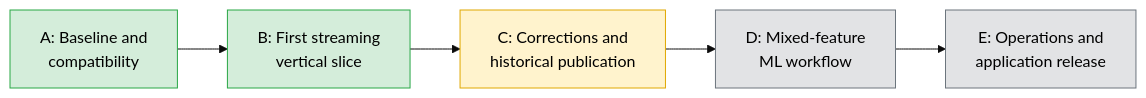
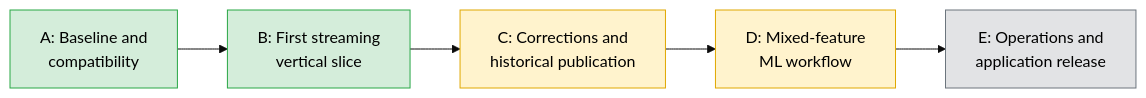
One commit to oster-dev/featureforge changed the third of 4 diagrams in docs/PLATFORM_BLUEPRINT.md. Above: the diagram before and after it, drawn with Mermaid (base theme). The commit also changed other lines of this file and 9 other files, not shown here.

````diff
--- a/docs/PLATFORM_BLUEPRINT.md
+++ b/docs/PLATFORM_BLUEPRINT.md
@@ -267,11 +281,11 @@
 ```mermaid
 flowchart LR
     A[A: Baseline and<br/>compatibility]:::done --> B[B: First streaming<br/>vertical slice]:::done
     B --> C[C: Corrections and<br/>historical publication]:::wip
-    C --> D[D: Mixed-feature<br/>ML workflow]:::plan
+    C --> D[D: Mixed-feature<br/>ML workflow]:::wip
     D --> E[E: Operations and<br/>application release]:::plan
 
     classDef done fill:#d4edda,stroke:#28a745,color:#000
     classDef wip fill:#fff3cd,stroke:#e0a800,color:#000
     classDef plan fill:#e2e3e5,stroke:#6c757d,color:#000
 ```
````
